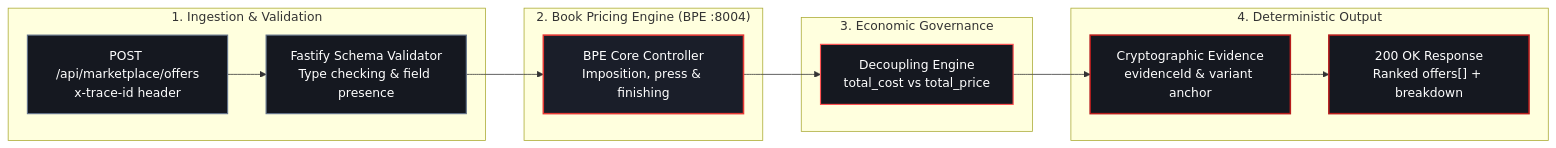
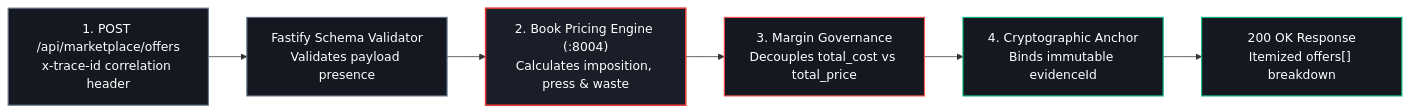
The first of 3 diagrams in docs/api/pricing-api.md (drleuman/printprice-docs), drawn with Mermaid before and after one commit. The commit also changed other lines of this file and 29 other files, not shown here.

Commit message:
fix(docs-ui): enforce diagram typography, focus trap, and full visual matrix (DOC-UI-02)

````diff
--- a/docs/api/pricing-api.md
+++ b/docs/api/pricing-api.md
@@ -13,36 +13,18 @@
 ```mermaid
 flowchart LR
-    subgraph S1 ["1. Ingestion & Validation"]
-        Req["POST /api/marketplace/offers\nx-trace-id header"]
-        Val["Fastify Schema Validator\nType checking & field presence"]
-        Req --> Val
-    end
-
-    subgraph S2 ["2. Book Pricing Engine (BPE :8004)"]
-        BPE["BPE Core Controller\nImposition, press & finishing"]
-    end
-
-    subgraph S3 ["3. Economic Governance"]
-        Decouple["Decoupling Engine\ntotal_cost vs total_price"]
-    end
-
-    subgraph S4 ["4. Deterministic Output"]
-        Evidence["Cryptographic Evidence\nevidenceId & variant anchor"]
-        Resp["200 OK Response\nRanked offers[] + breakdown"]
-        Evidence --> Resp
-    end
-
-    Val --> BPE
-    BPE --> Decouple
-    Decouple --> Evidence
+    Req["1. POST /api/marketplace/offers<br/>x-trace-id correlation header"] --> Val["Fastify Schema Validator<br/>Validates payload presence"]
+    Val --> BPE["2. Book Pricing Engine (:8004)<br/>Calculates imposition, press & waste"]
+    BPE --> Decouple["3. Margin Governance<br/>Decouples total_cost vs total_price"]
+    Decouple --> Evidence["4. Cryptographic Anchor<br/>Binds immutable evidenceId"]
+    Evidence --> Resp["200 OK Response<br/>Itemized offers[] breakdown"]
 
     classDef stageNode fill:#151820,stroke:#64748B,stroke-width:1.5px,color:#FFFFFF;
     classDef bpeNode fill:#1A1E29,stroke:#E53935,stroke-width:2px,color:#FFFFFF;
     classDef econNode fill:#151820,stroke:#FF5252,stroke-width:1.5px,color:#FFFFFF;
-    classDef outNode fill:#151820,stroke:#B71C1C,stroke-width:2px,color:#FFFFFF;
+    classDef outNode fill:#151820,stroke:#10B981,stroke-width:1.5px,color:#FFFFFF;
 
     class Req,Val stageNode;
     class BPE bpeNode;
     class Decouple econNode;
     class Evidence,Resp outNode;
 ```
````
